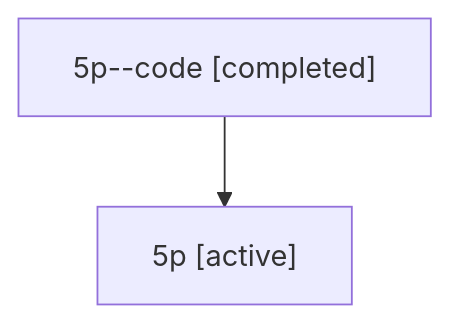
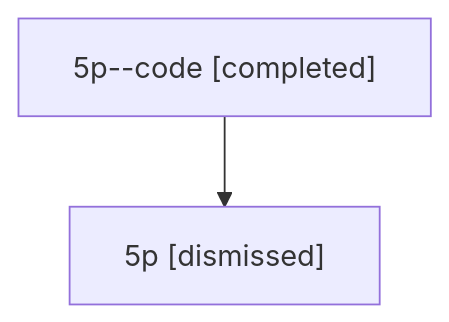
One commit to sase-org/sase--agents changed the diagram in sessions/bbugyi200.athena.5p.md. Above: the diagram before and after it, drawn with Mermaid. The commit also changed other lines of this file and 32 other files, not shown here.

````diff
--- a/sessions/bbugyi200.athena.5p.md
+++ b/sessions/bbugyi200.athena.5p.md
@@ -9,6 +9,6 @@
 ```mermaid
 flowchart TD
   n0["5p--code [completed]"]
-  n1["5p [active]"]
+  n1["5p [dismissed]"]
   n0 --> n1
 ```
````
